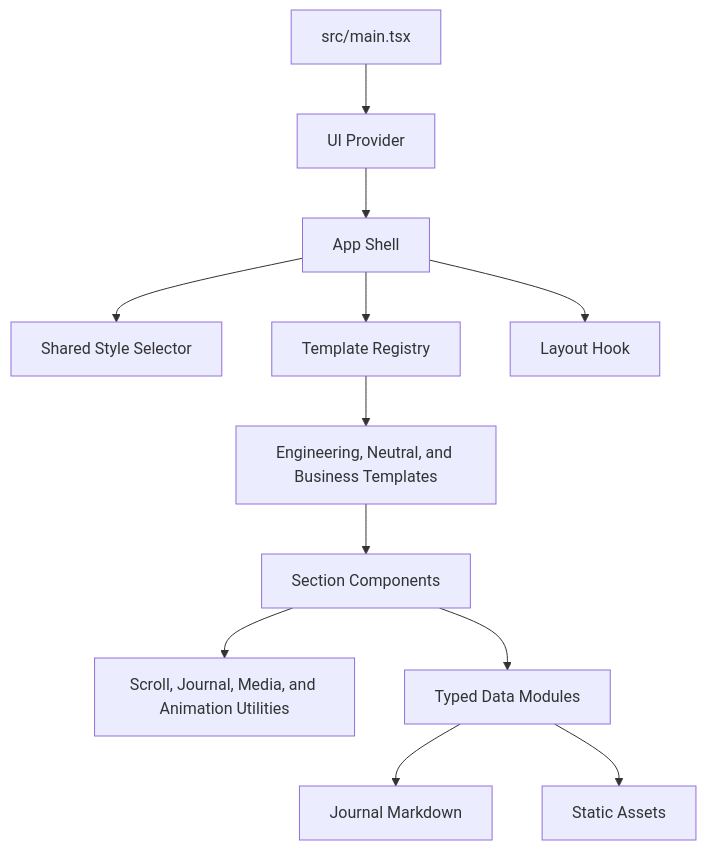
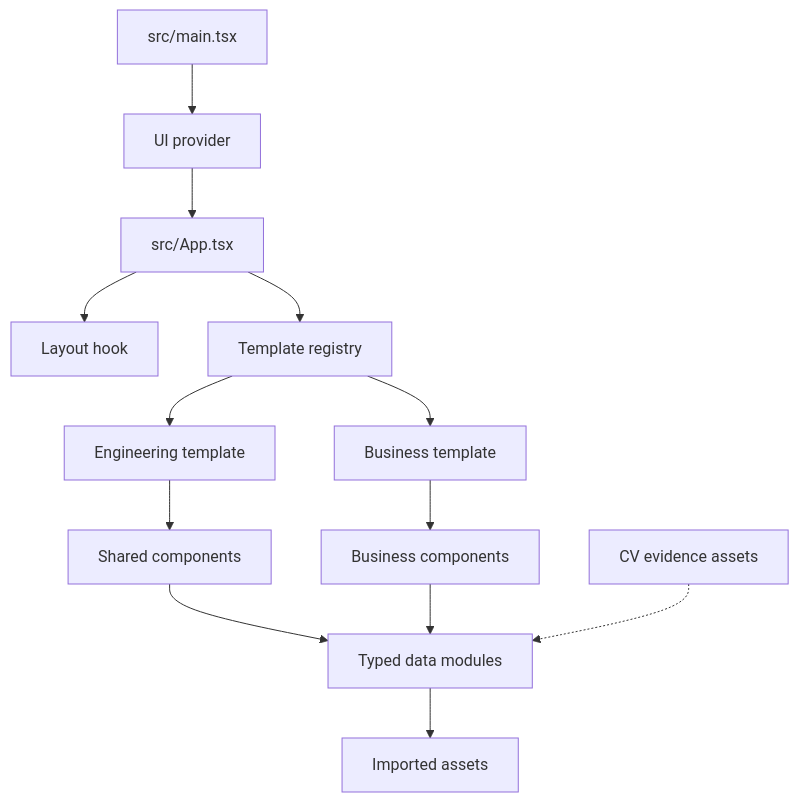
One commit to ngtuangialinh-del/ngtuangialinh.github.io changed the diagram in aidlc-docs/inception/reverse-engineering/code-structure.md. Above: the diagram before and after it, drawn with Mermaid. The commit also changed other lines of this file and 268 other files, not shown here.

````diff
--- a/aidlc-docs/inception/reverse-engineering/code-structure.md
+++ b/aidlc-docs/inception/reverse-engineering/code-structure.md
@@ -15,27 +39,15 @@
 ```mermaid
 flowchart TD
-    Main["src/main.tsx"]
-    Provider["UI Provider"]
-    App["App Shell"]
-    Selector["Shared Style Selector"]
-    Registry["Template Registry"]
-    Templates["Engineering, Neutral, and Business Templates"]
-    Sections["Section Components"]
-    Hooks["Layout Hook"]
-    Utils["Scroll, Journal, Media, and Animation Utilities"]
-    Data["Typed Data Modules"]
-    Content["Journal Markdown"]
-    Assets["Static Assets"]
-
-    Main --> Provider
-    Provider --> App
-    App --> Selector
-    App --> Registry
-    App --> Hooks
-    Registry --> Templates
-    Templates --> Sections
-    Sections --> Data
-    Sections --> Utils
-    Data --> Content
-    Data --> Assets
+    Main["src/main.tsx"] --> Provider["UI provider"]
+    Provider --> App["src/App.tsx"]
+    App --> Layout["Layout hook"]
+    App --> Registry["Template registry"]
+    Registry --> Engineering["Engineering template"]
+    Registry --> Business["Business template"]
+    Engineering --> Shared["Shared components"]
+    Business --> BusinessSections["Business components"]
+    Shared --> Data["Typed data modules"]
+    BusinessSections --> Data
+    Data --> PublicAssets["Imported assets"]
+    CV["CV evidence assets"] -.-> Data
 ```
````
